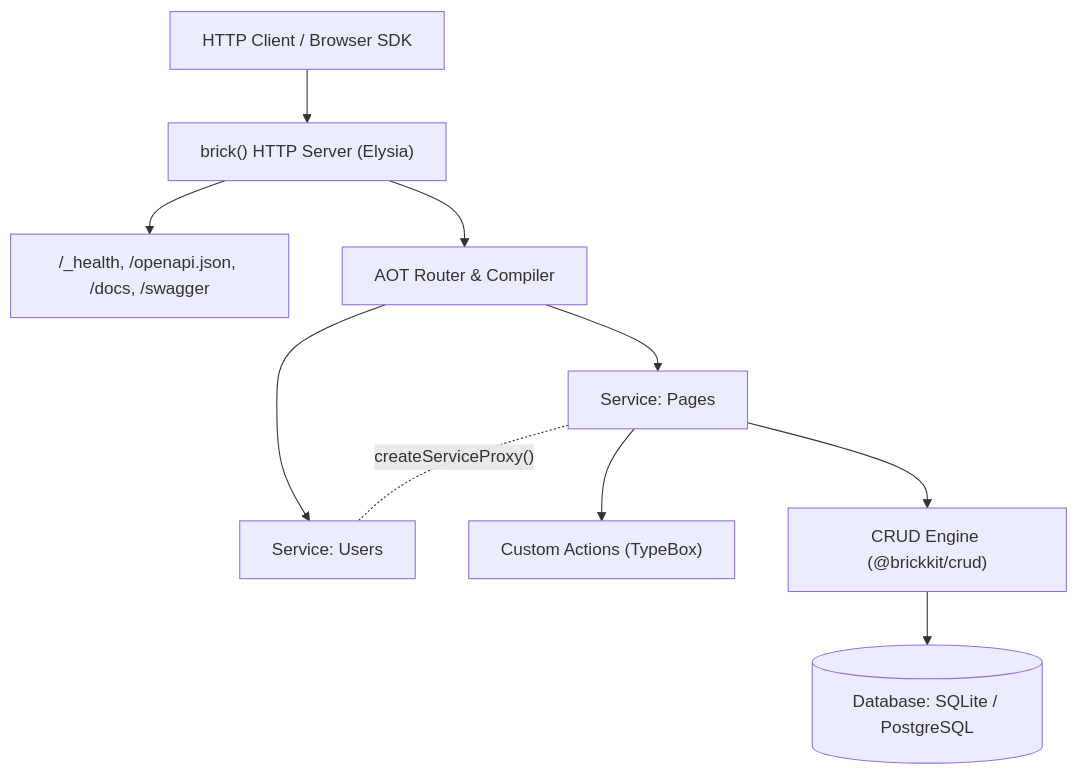
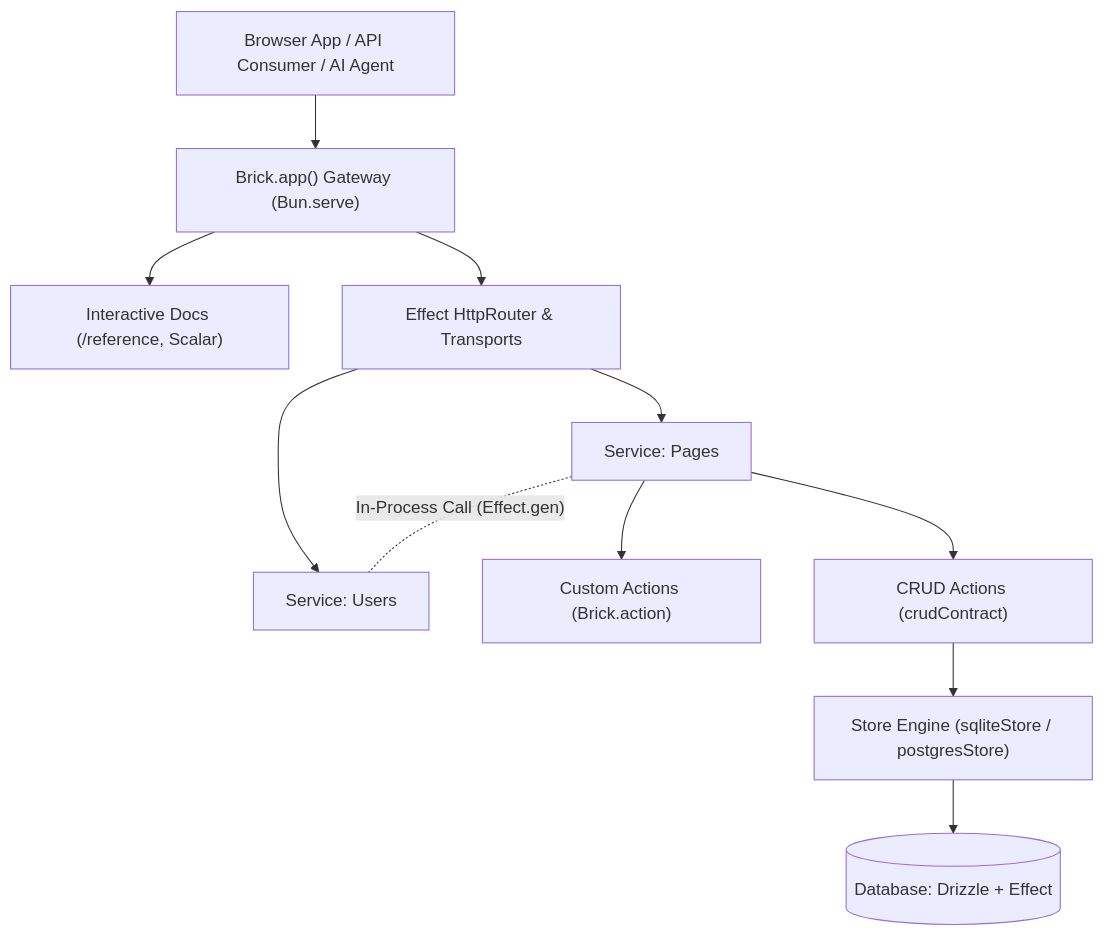
One commit to Chandraprakash-Darji/brick changed the diagram in www/content/docs/(brick)/index.mdx. Above: the diagram before and after it, drawn with Mermaid. The commit also changed other lines of this file and 53 other files, not shown here.

First line of the commit message:
docs: restore full Effect-native docs and migrate brick skill

````diff
--- a/www/content/docs/(brick)/index.mdx
+++ b/www/content/docs/(brick)/index.mdx
@@ -90,12 +107,13 @@
 ```mermaid
 flowchart TD
-    Client["HTTP Client / Browser SDK"] --> Gateway["brick() HTTP Server (Elysia)"]
-    Gateway --> Docs["/_health, /openapi.json, /docs, /swagger"]
-    Gateway --> Dispatch["AOT Router & Compiler"]
-    Dispatch --> ServiceA["Service: Pages"]
-    Dispatch --> ServiceB["Service: Users"]
-    ServiceA --> Actions["Custom Actions (TypeBox)"]
-    ServiceA --> CRUD["CRUD Engine (@brickkit/crud)"]
-    CRUD --> DB[(Database: SQLite / PostgreSQL)]
-    ServiceA -. "createServiceProxy()" .- ServiceB
+    Client["Browser App / API Consumer / AI Agent"] --> Gateway["Brick.app() Gateway (Bun.serve)"]
+    Gateway --> Docs["Interactive Docs (/reference, Scalar)"]
+    Gateway --> Router["Effect HttpRouter & Transports"]
+    Router --> ServiceA["Service: Pages"]
+    Router --> ServiceB["Service: Users"]
+    ServiceA --> Actions["Custom Actions (Brick.action)"]
+    ServiceA --> CRUD["CRUD Actions (crudContract)"]
+    CRUD --> Store["Store Engine (sqliteStore / postgresStore)"]
+    Store --> DB[(Database: Drizzle + Effect)]
+    ServiceA -. "In-Process Call (Effect.gen)" .- ServiceB
 ```
````
